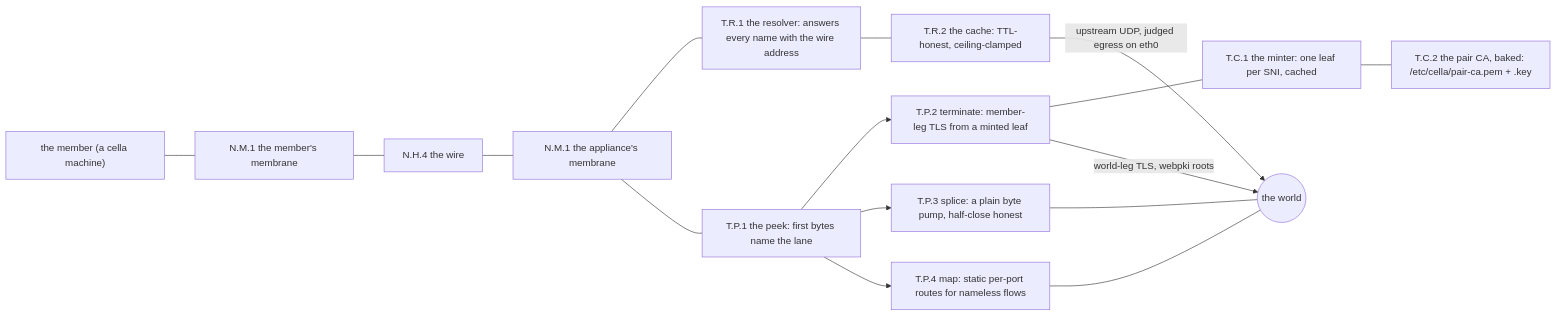
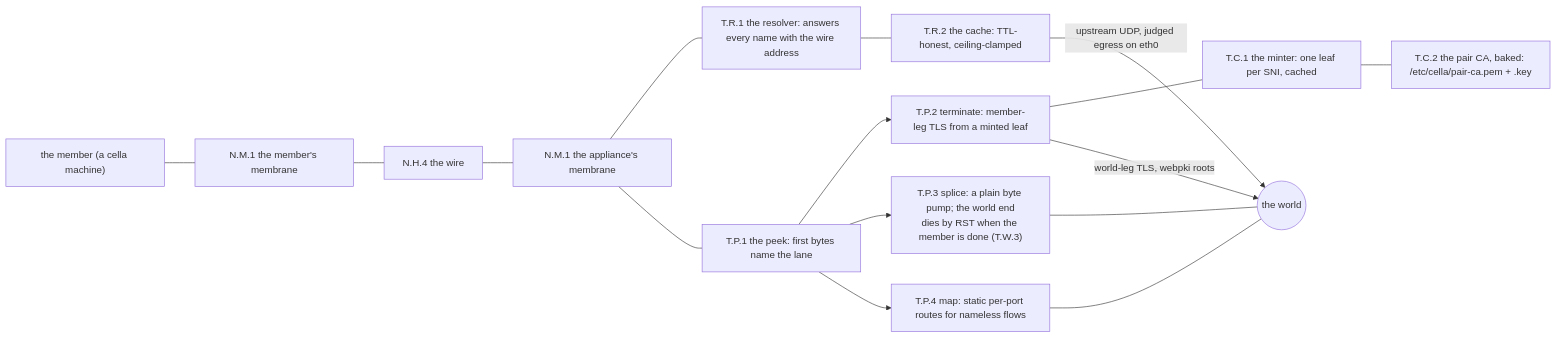
One commit to omne-earth/cella changed the first of 14 diagrams in docs/TLS-TERMINATOR.md. Above: the diagram before and after it, drawn with Mermaid. The commit also changed other lines of this file and 9 other files, not shown here.

````diff
--- a/docs/TLS-TERMINATOR.md
+++ b/docs/TLS-TERMINATOR.md
@@ -29,31 +30,31 @@
 ```mermaid
 graph LR
     MEM["the member (a cella machine)"]
     NM1["N.M.1 the member's membrane"]
     W["N.H.4 the wire"]
     NM2["N.M.1 the appliance's membrane"]
     R1["T.R.1 the resolver: answers every name with the wire address"]
     P1["T.P.1 the peek: first bytes name the lane"]
     P2["T.P.2 terminate: member-leg TLS from a minted leaf"]
-    P3["T.P.3 splice: a plain byte pump, half-close honest"]
+    P3["T.P.3 splice: a plain byte pump; the world end<br/>dies by RST when the member is done (T.W.3)"]
     P4["T.P.4 map: static per-port routes for nameless flows"]
     C1["T.C.1 the minter: one leaf per SNI, cached"]
     C2["T.C.2 the pair CA, baked: /etc/cella/pair-ca.pem + .key"]
     R2["T.R.2 the cache: TTL-honest, ceiling-clamped"]
     WLD(("the world"))
     MEM --- NM1
     NM1 --- W
     W --- NM2
     NM2 --- R1
     NM2 --- P1
     P1 --> P2
     P1 --> P3
     P1 --> P4
     P2 --- C1
     C1 --- C2
     R1 --- R2
     R2 -->|"upstream UDP, judged egress on eth0"| WLD
     P2 -->|"world-leg TLS, webpki roots"| WLD
     P3 --- WLD
     P4 --- WLD
 ```
````
